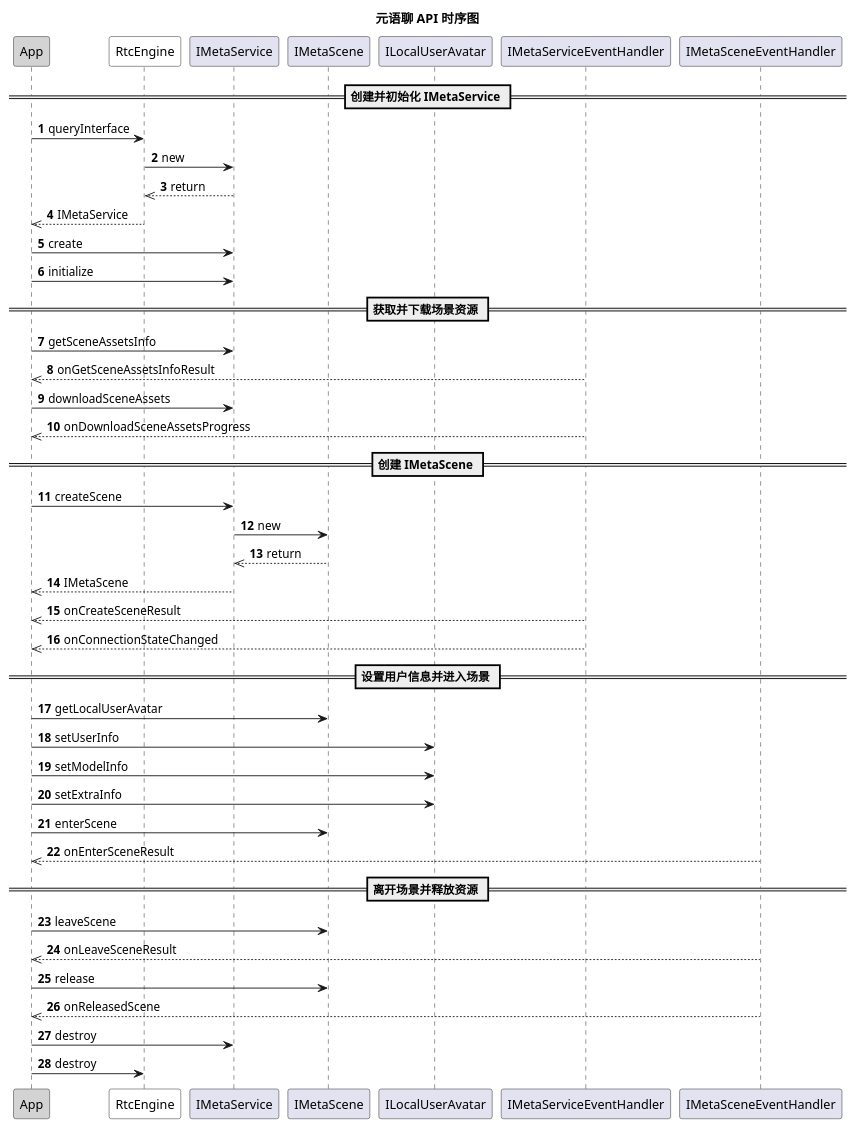
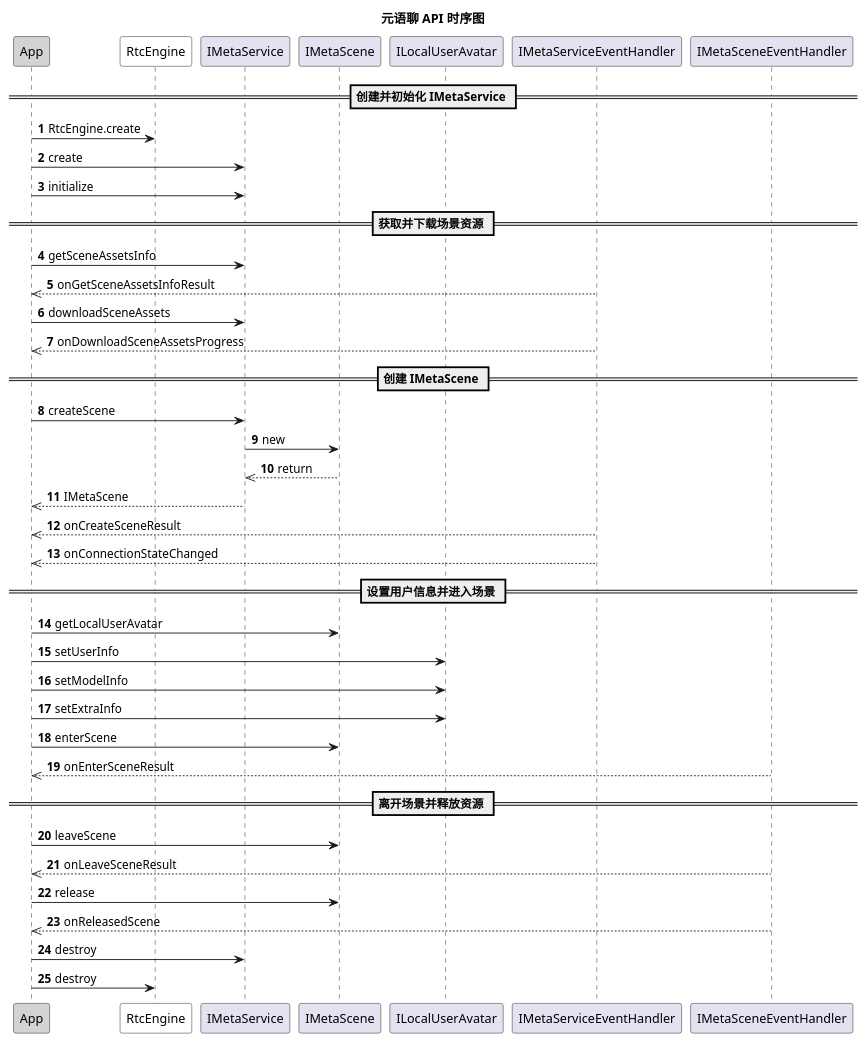
One commit to AgoraIO/agora_doc_source changed the diagram in markdown/metaworld/pic/android_mc_api.wsd. Above: the diagram before and after it, drawn with PlantUML. The commit also changed 5 other files, not shown here.

```diff
--- a/markdown/metaworld/pic/android_mc_api.wsd
+++ b/markdown/metaworld/pic/android_mc_api.wsd
@@ -1,44 +1,41 @@
 @startuml
 autonumber
 title 元语聊 API 时序图
 participant "App" as app #LightGrey
 participant "RtcEngine" as rtc #White
 participant "IMetaService" as service
 participant "IMetaScene" as scene
 participant "ILocalUserAvatar" as avatar
 participant "IMetaServiceEventHandler" as serviceevent
 participant "IMetaSceneEventHandler" as sceneevent
 == 创建并初始化 IMetaService ==
-app -> rtc: queryInterface
-rtc -> service: new
-service -->> rtc: return
-rtc -->> app: IMetaService
+app -> rtc: RtcEngine.create
 app -> service: create
 app -> service: initialize
 == 获取并下载场景资源 ==
 app -> service: getSceneAssetsInfo
 serviceevent -->> app: onGetSceneAssetsInfoResult
 app -> service: downloadSceneAssets
 serviceevent -->> app: onDownloadSceneAssetsProgress
 == 创建 IMetaScene ==
 app -> service: createScene
 service -> scene: new
 scene -->> service: return
 service -->> app: IMetaScene
 serviceevent -->> app: onCreateSceneResult
 serviceevent -->> app: onConnectionStateChanged
 == 设置用户信息并进入场景 ==
 app -> scene: getLocalUserAvatar
 app -> avatar: setUserInfo
 app -> avatar: setModelInfo
 app -> avatar: setExtraInfo
 app -> scene: enterScene
 sceneevent -->> app: onEnterSceneResult
 == 离开场景并释放资源 ==
 app -> scene: leaveScene
 sceneevent -->> app: onLeaveSceneResult
 app -> scene: release
 sceneevent -->> app: onReleasedScene
 app -> service: destroy
 app -> rtc: destroy
 @enduml
```
